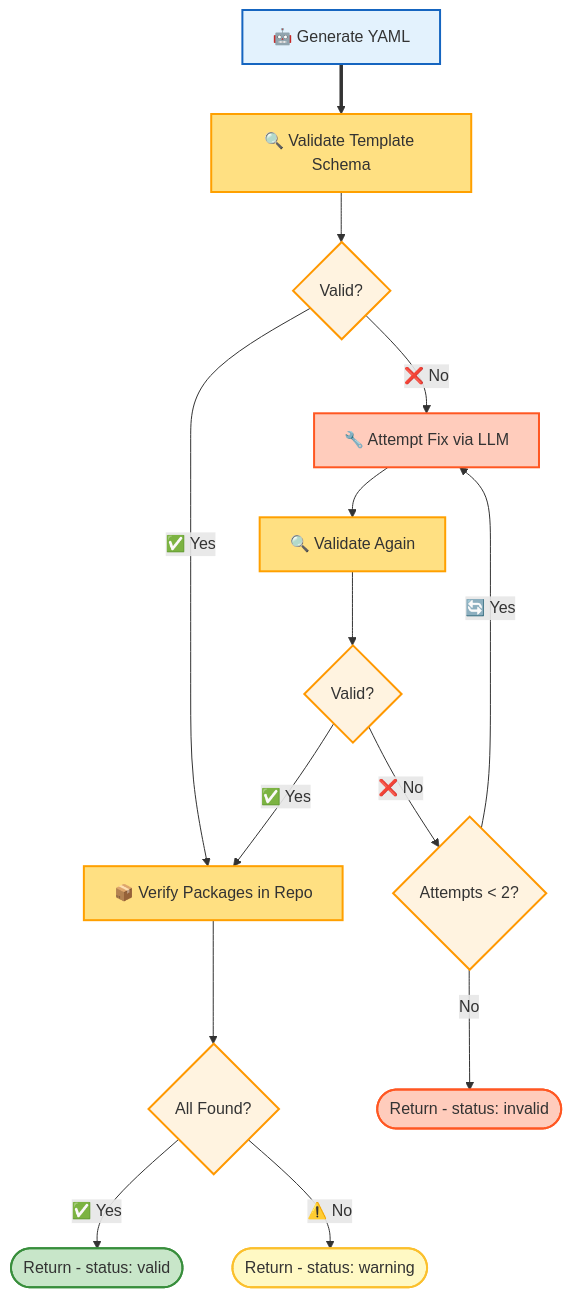
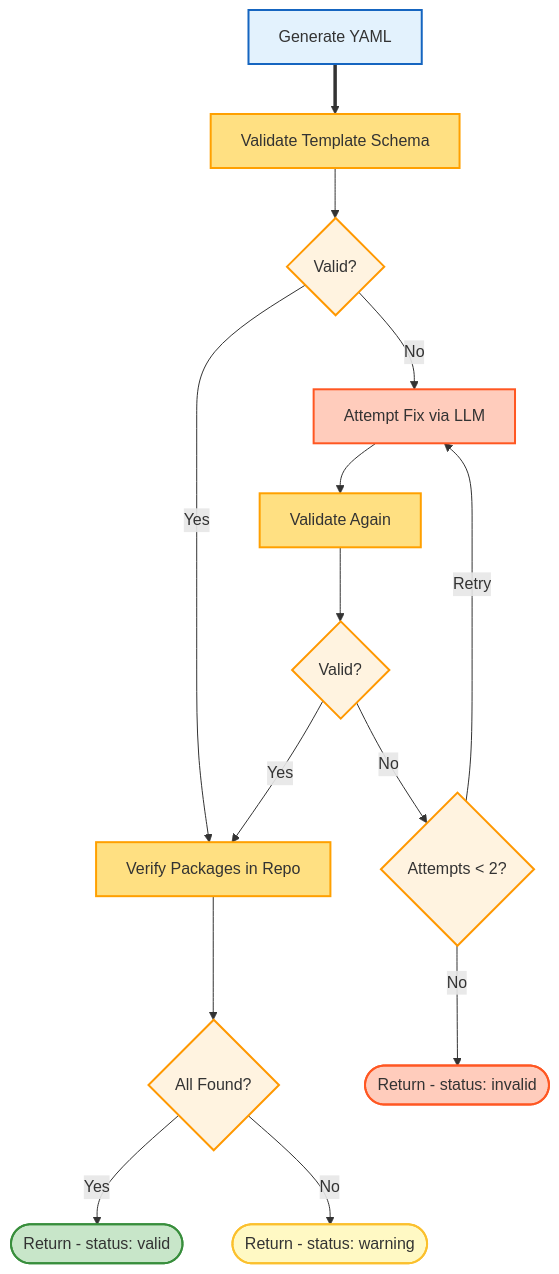
Before and after one commit to open-edge-platform/image-composer-tool: the second of 6 diagrams in docs/architecture/adr-web-interface-architecture.md, drawn with Mermaid. The commit also changed other lines of this file, not shown here.

First line of the commit message:
docs(architecture): fix Mermaid diagrams for GitHub rendering

````diff
--- a/docs/architecture/adr-web-interface-architecture.md
+++ b/docs/architecture/adr-web-interface-architecture.md
@@ -298,29 +298,29 @@
 ```mermaid
 flowchart TD
-    A["🤖 Generate YAML"] ==> B["🔍 Validate Template Schema"]
+    A["Generate YAML"] ==> B["Validate Template Schema"]
     B --> C{Valid?}
-    C -->|"✅ Yes"| D["📦 Verify Packages in Repo"]
-    C -->|"❌ No"| E["🔧 Attempt Fix via LLM"]
-    E --> F["🔍 Validate Again"]
+    C -->|Yes| D["Verify Packages in Repo"]
+    C -->|No| E["Attempt Fix via LLM"]
+    E --> F["Validate Again"]
     F --> G{Valid?}
-    G -->|"✅ Yes"| D
-    G -->|"❌ No"| H{Attempts < 2?}
-    H -->|"🔄 Yes"| E
+    G -->|Yes| D
+    G -->|No| H{Attempts < 2?}
+    H -->|Retry| E
     H -->|No| I(["Return - status: invalid"])
     D --> J{All Found?}
-    J -->|"✅ Yes"| K(["Return - status: valid"])
-    J -->|"⚠️ No"| L(["Return - status: warning"])
+    J -->|Yes| K(["Return - status: valid"])
+    J -->|No| L(["Return - status: warning"])
 
     style A fill:#E3F2FD,stroke:#1565C0,stroke-width:2px
     style B fill:#FFE082,stroke:#FFA000,stroke-width:2px
     style C fill:#FFF3E0,stroke:#FF9800,stroke-width:2px
     style D fill:#FFE082,stroke:#FFA000,stroke-width:2px
     style E fill:#FFCCBC,stroke:#FF5722,stroke-width:2px
     style F fill:#FFE082,stroke:#FFA000,stroke-width:2px
     style G fill:#FFF3E0,stroke:#FF9800,stroke-width:2px
     style H fill:#FFF3E0,stroke:#FF9800,stroke-width:2px
     style I fill:#FFCCBC,stroke:#FF5722,stroke-width:2px
     style J fill:#FFF3E0,stroke:#FF9800,stroke-width:2px
     style K fill:#C8E6C9,stroke:#388E3C,stroke-width:2px
     style L fill:#FFF9C4,stroke:#FBC02D,stroke-width:2px
 ```
````
